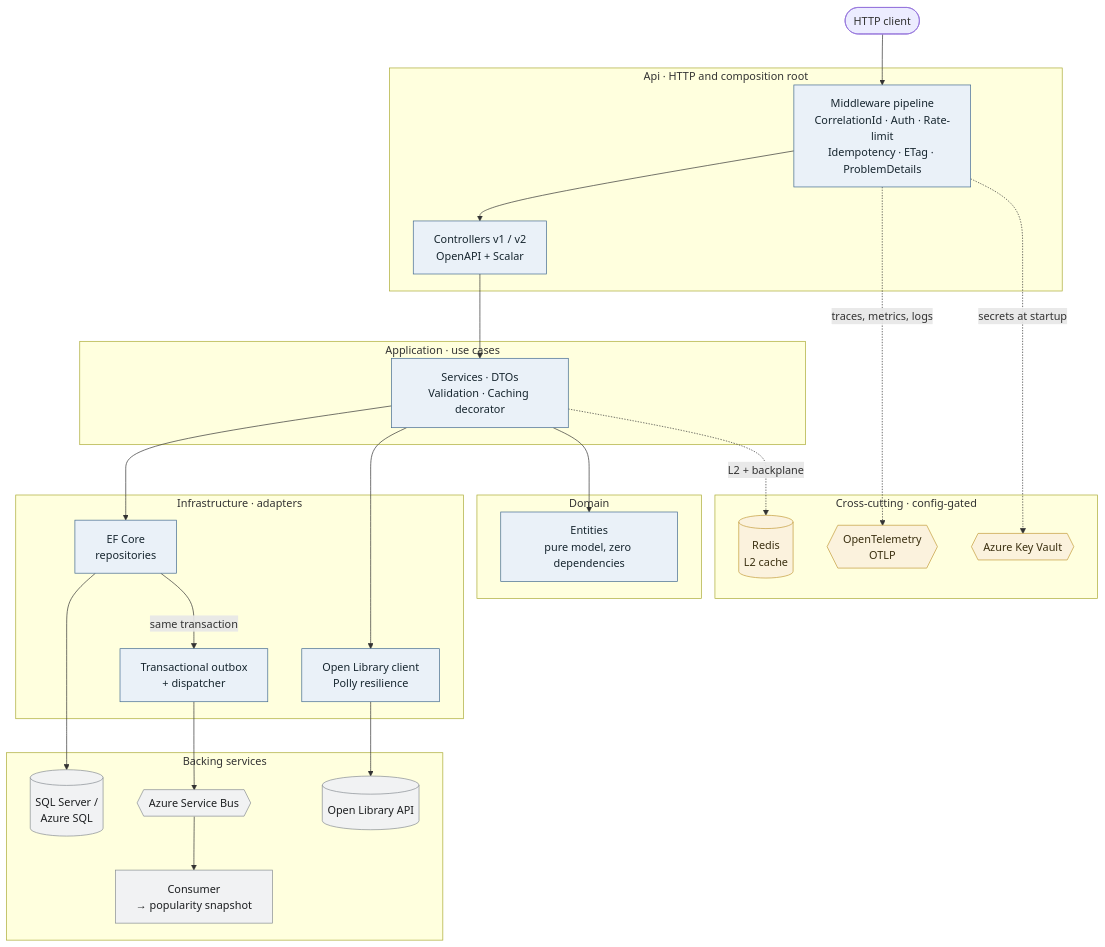
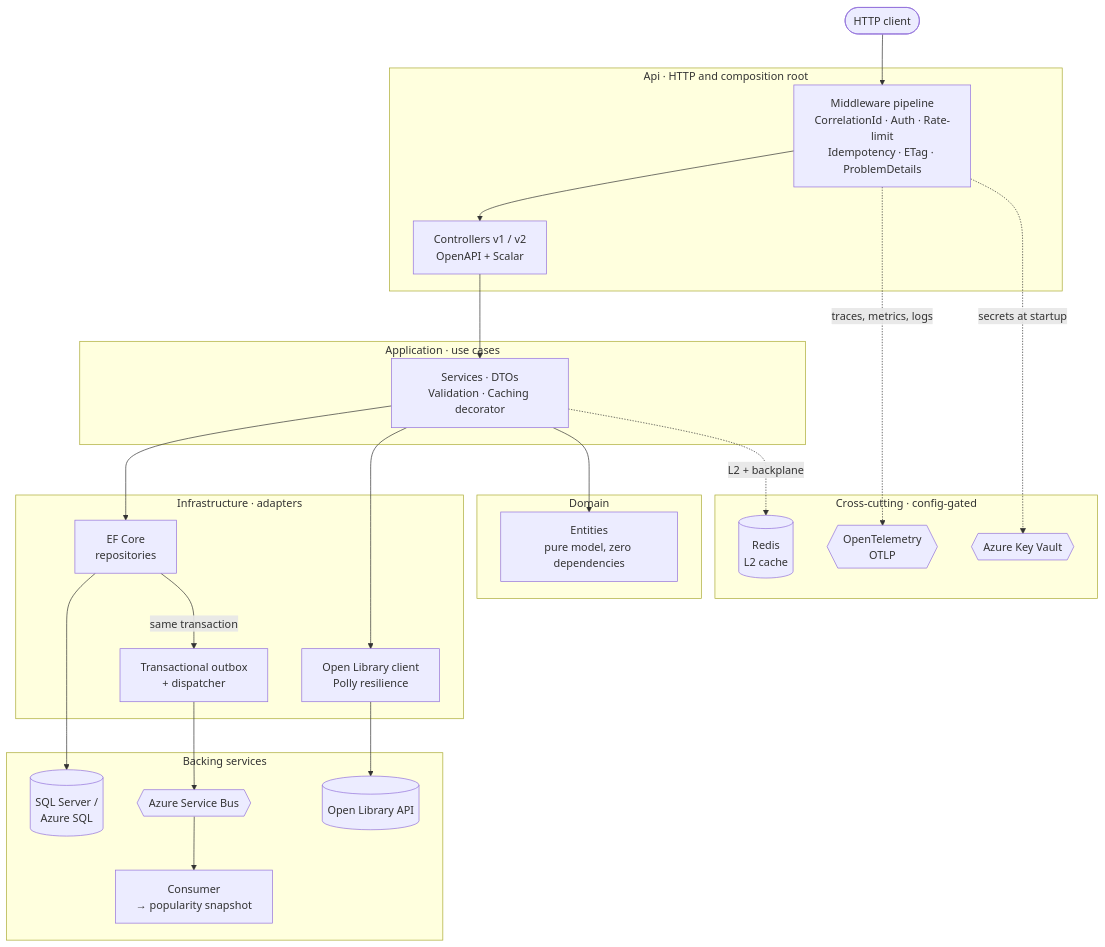
Before and after one commit to riccardodema/WebApiPlayground: the diagram in README.md, drawn with Mermaid. The commit also changed other lines of this file, not shown here.

Commit message:
docs(presentation): trim the tour diagram — drop colour legend + classDef (#39)
* docs(presentation): drop the colour legend under the tour diagram

The mermaid classDef colours don't render reliably in every GitHub viewer,
so the blue/grey/amber legend was misleading. Keep the still-accurate
solid-vs-dotted arrow note; the subgraph clusters already group the nodes
without relying on colour.

* docs(presentation): make the tour diagram monochrome

Drop the mermaid classDef colour styling too: it renders only in some
viewers, so relying on it for readability is fragile. The subgraph
clusters already group the nodes, so the diagram now reads the same in
every renderer.

---------

````diff
--- a/README.md
+++ b/README.md
@@ -28,56 +28,49 @@
 ```mermaid
 flowchart TB
     Client(["HTTP client"])
 
     subgraph Api["Api · HTTP and composition root"]
         Pipeline["Middleware pipeline<br/>CorrelationId · Auth · Rate-limit<br/>Idempotency · ETag · ProblemDetails"]
         Controllers["Controllers v1 / v2<br/>OpenAPI + Scalar"]
     end
 
     subgraph Application["Application · use cases"]
         Services["Services · DTOs<br/>Validation · Caching decorator"]
     end
 
     subgraph Domain["Domain"]
         Entities["Entities<br/>pure model, zero dependencies"]
     end
 
     subgraph Infrastructure["Infrastructure · adapters"]
         Repositories["EF Core<br/>repositories"]
         Outbox["Transactional outbox<br/>+ dispatcher"]
         Popularity["Open Library client<br/>Polly resilience"]
     end
 
     subgraph Backing["Backing services"]
         SQL[("SQL Server /<br/>Azure SQL")]
         Bus{{"Azure Service Bus"}}
         Consumer["Consumer<br/>→ popularity snapshot"]
         OpenLib[("Open Library API")]
     end
 
     subgraph Xcut["Cross-cutting · config-gated"]
         Redis[("Redis<br/>L2 cache")]
         Otel{{"OpenTelemetry<br/>OTLP"}}
         Vault{{"Azure Key Vault"}}
     end
 
     Client --> Pipeline --> Controllers --> Services
     Services --> Repositories
     Services --> Popularity
     Services --> Entities
     Repositories --> SQL
     Repositories -->|same transaction| Outbox
     Outbox --> Bus --> Consumer
     Popularity --> OpenLib
 
     Services -.->|L2 + backplane| Redis
     Pipeline -.->|traces, metrics, logs| Otel
     Pipeline -.->|secrets at startup| Vault
-
-    classDef layer fill:#eaf1f8,stroke:#41698f,color:#17262f;
-    classDef ext fill:#f1f2f3,stroke:#868c92,color:#1d1f21;
-    classDef cut fill:#fbf2dd,stroke:#c39b3a,color:#3a2f10;
-    class Pipeline,Controllers,Services,Entities,Repositories,Outbox,Popularity layer
-    class SQL,Bus,Consumer,OpenLib ext
-    class Redis,Otel,Vault cut
 ```
````
